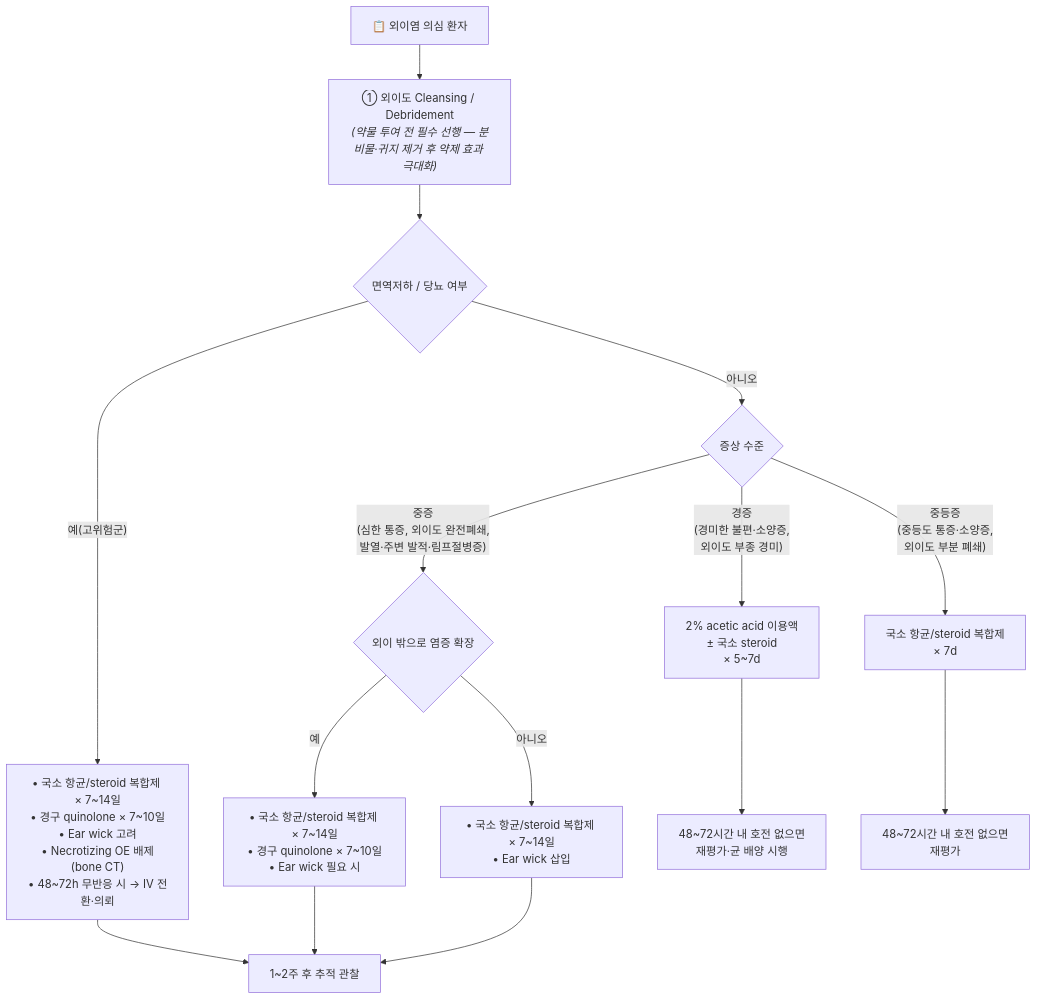
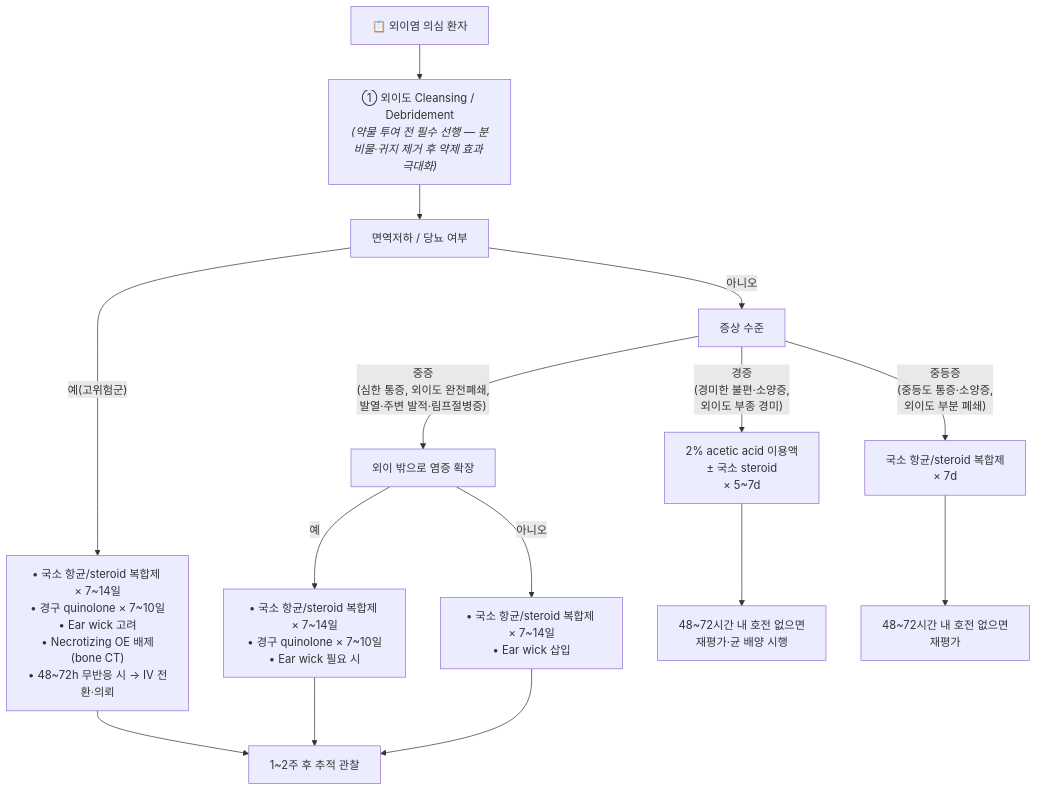
One commit to familyoh77/familyoh77 changed the diagram in 222_/otitis-externa.md. Above: the diagram before and after it, drawn with Mermaid. The commit also changed other lines of this file, not shown here.

````diff
--- a/222_/otitis-externa.md
+++ b/222_/otitis-externa.md
@@ -199,24 +193,24 @@
 ```mermaid
 graph TD
     START["📋 외이염 의심 환자"] --> CLEAN["① 외이도 Cleansing / Debridement<br/><i>(약물 투여 전 필수 선행 — 분비물·귀지 제거 후 약제 효과 극대화)</i>"]
     CLEAN --> A
 
-    A{면역저하 / 당뇨 여부} -- "예(고위험군)" --> B["• 국소 항균/steroid 복합제 × 7~14일<br/>• 경구 quinolone × 7~10일<br/>• Ear wick 고려<br/>• Necrotizing OE 배제(bone CT)<br/>• 48~72h 무반응 시 → IV 전환·의뢰"]
+    A[면역저하 / 당뇨 여부] -- "예(고위험군)" --> B["• 국소 항균/steroid 복합제 × 7~14일<br/>• 경구 quinolone × 7~10일<br/>• Ear wick 고려<br/>• Necrotizing OE 배제(bone CT)<br/>• 48~72h 무반응 시 → IV 전환·의뢰"]
     
-    A -- "아니오" --> C{증상 수준}
+    A -- "아니오" --> C[증상 수준]
 
     C -- "경증<br/>(경미한 불편·소양증,<br/>외이도 부종 경미)" --> D["2% acetic acid 이용액<br/>± 국소 steroid<br/>× 5~7d"]
     
     C -- "중등증<br/>(중등도 통증·소양증,<br/>외이도 부분 폐쇄)" --> E["국소 항균/steroid 복합제<br/>× 7d"]
     
-    C -- "중증<br/>(심한 통증, 외이도 완전폐쇄,<br/>발열·주변 발적·림프절병증)" --> F{외이 밖으로 염증 확장}
+    C -- "중증<br/>(심한 통증, 외이도 완전폐쇄,<br/>발열·주변 발적·림프절병증)" --> F[외이 밖으로 염증 확장]
     
     F -- "예" --> G["• 국소 항균/steroid 복합제 × 7~14일<br/>• 경구 quinolone × 7~10일<br/>• Ear wick 필요 시"]
     F -- "아니오" --> H["• 국소 항균/steroid 복합제 × 7~14일<br/>• Ear wick 삽입"]
 
     D --> I["48~72시간 내 호전 없으면<br/>재평가·균 배양 시행"]
     E --> J["48~72시간 내 호전 없으면<br/>재평가"]
     B --> K["1~2주 후 추적 관찰"]
     G --> K
     H --> K
 ```
````
